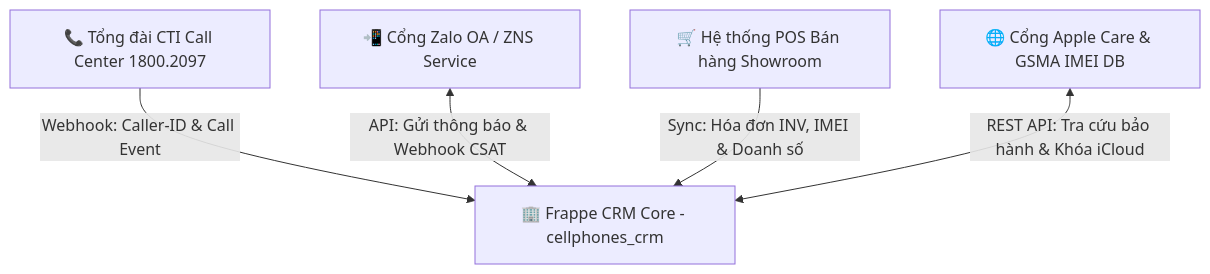
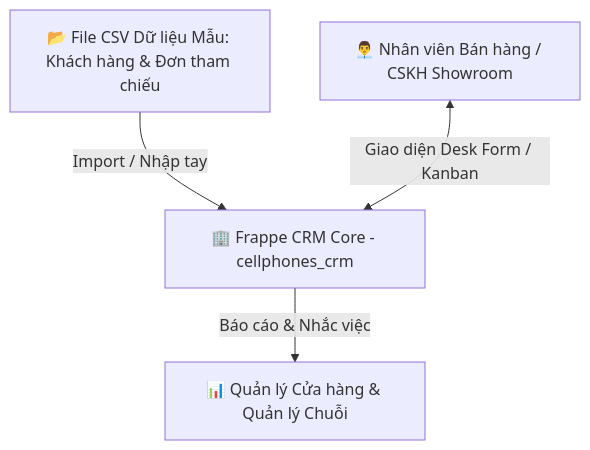
One commit to Qhuy108/CRM_CellphoneS changed the second of 2 diagrams in docs/D04_AnhXa_Frappe.md. Above: the diagram before and after it, drawn with Mermaid. The commit also changed other lines of this file and 91 other files, not shown here.

````diff
--- a/docs/D04_AnhXa_Frappe.md
+++ b/docs/D04_AnhXa_Frappe.md
@@ -146,7 +151,6 @@
 ```mermaid
 graph TD
-    CTI[📞 Tổng đài CTI Call Center 1800.2097] -->|Webhook: Caller-ID & Call Event| CRM[🏢 Frappe CRM Core - cellphones_crm]
-    ZNS[📲 Cổng Zalo OA / ZNS Service] <-->|API: Gửi thông báo & Webhook CSAT| CRM
-    POS[🛒 Hệ thống POS Bán hàng Showroom] -->|Sync: Hóa đơn INV, IMEI & Doanh số| CRM
-    AppleAPI[🌐 Cổng Apple Care & GSMA IMEI DB] <-->|REST API: Tra cứu bảo hành & Khóa iCloud| CRM
+    CSV[📂 File CSV Dữ liệu Mẫu: Khách hàng & Đơn tham chiếu] -->|Import / Nhập tay| CRM[🏢 Frappe CRM Core - cellphones_crm]
+    Staff[👨‍💼 Nhân viên Bán hàng / CSKH Showroom] <-->|Giao diện Desk Form / Kanban| CRM
+    CRM -->|Báo cáo & Nhắc việc| Mgr[📊 Quản lý Cửa hàng & Quản lý Chuỗi]
 ```
````
